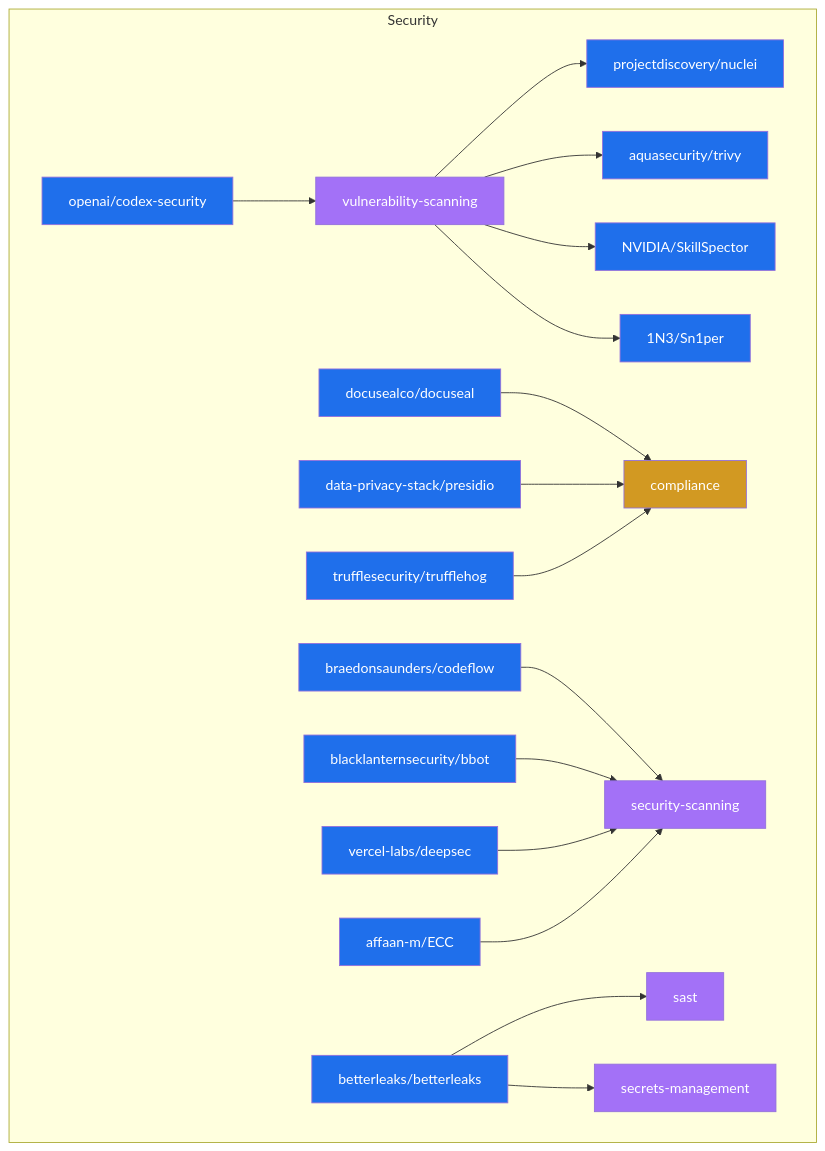
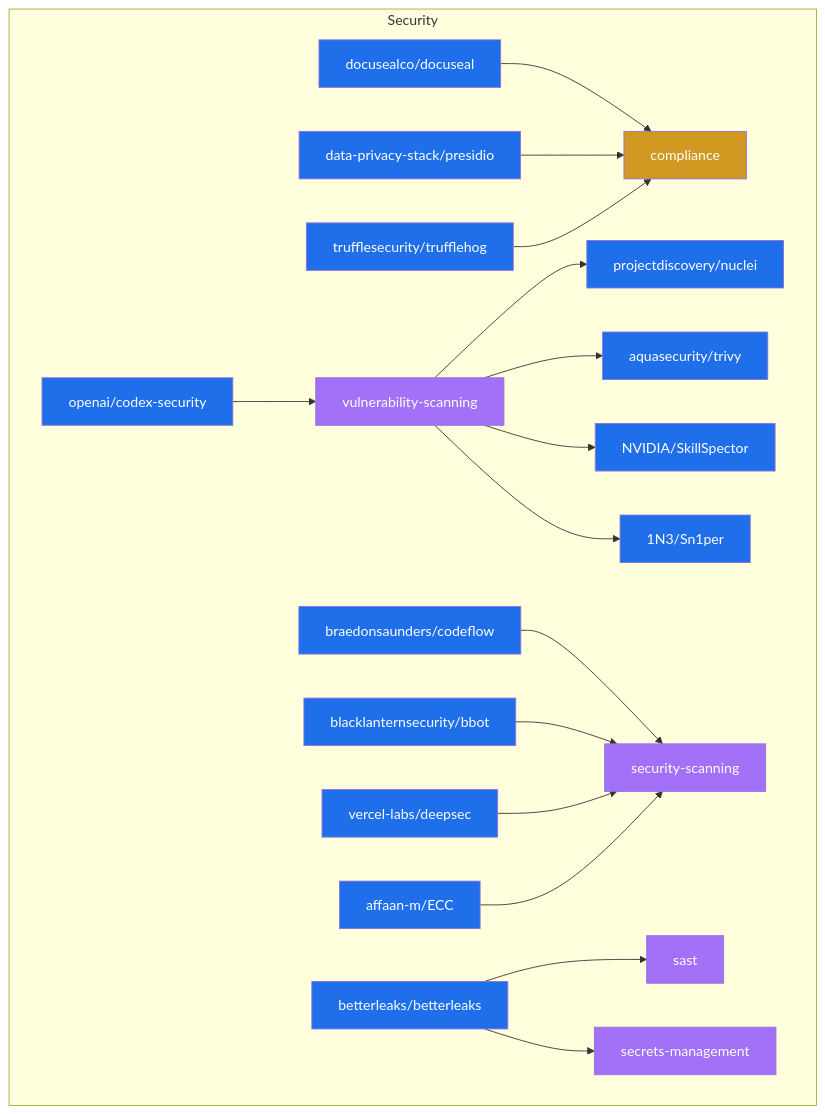
Before and after one commit to Meru143/star-graph: the diagram in data/star_graph_security.mermaid, drawn with Mermaid. The commit also changed other lines of this file and 15 other files, not shown here.

```diff
--- a/data/star_graph_security.mermaid
+++ b/data/star_graph_security.mermaid
@@ -1,40 +1,40 @@
 graph TD
   subgraph security ["Security"]
+    compliance["compliance"]:::use_case
+    aquasecurity_trivy["aquasecurity/trivy"]:::repo
+    sast["sast"]:::topic
+    secrets_management["secrets-management"]:::topic
+    security_scanning["security-scanning"]:::topic
+    1N3_Sn1per["1N3/Sn1per"]:::repo
+    betterleaks_betterleaks["betterleaks/betterleaks"]:::repo
+    vercel_labs_deepsec["vercel-labs/deepsec"]:::repo
+    trufflesecurity_trufflehog["trufflesecurity/trufflehog"]:::repo
+    docusealco_docuseal["docusealco/docuseal"]:::repo
+    openai_codex_security["openai/codex-security"]:::repo
+    vulnerability_scanning["vulnerability-scanning"]:::topic
+    projectdiscovery_nuclei["projectdiscovery/nuclei"]:::repo
+    data_privacy_stack_presidio["data-privacy-stack/presidio"]:::repo
     braedonsaunders_codeflow["braedonsaunders/codeflow"]:::repo
-    openai_codex_security["openai/codex-security"]:::repo
-    vercel_labs_deepsec["vercel-labs/deepsec"]:::repo
-    security_scanning["security-scanning"]:::topic
-    projectdiscovery_nuclei["projectdiscovery/nuclei"]:::repo
-    secrets_management["secrets-management"]:::topic
+    blacklanternsecurity_bbot["blacklanternsecurity/bbot"]:::repo
     affaan_m_ECC["affaan-m/ECC"]:::repo
-    1N3_Sn1per["1N3/Sn1per"]:::repo
-    vulnerability_scanning["vulnerability-scanning"]:::topic
-    data_privacy_stack_presidio["data-privacy-stack/presidio"]:::repo
-    compliance["compliance"]:::use_case
-    trufflesecurity_trufflehog["trufflesecurity/trufflehog"]:::repo
-    sast["sast"]:::topic
-    blacklanternsecurity_bbot["blacklanternsecurity/bbot"]:::repo
-    docusealco_docuseal["docusealco/docuseal"]:::repo
     NVIDIA_SkillSpector["NVIDIA/SkillSpector"]:::repo
-    aquasecurity_trivy["aquasecurity/trivy"]:::repo
-    betterleaks_betterleaks["betterleaks/betterleaks"]:::repo
   end
   openai_codex_security --> vulnerability_scanning
   vulnerability_scanning --> projectdiscovery_nuclei
   vulnerability_scanning --> aquasecurity_trivy
   vulnerability_scanning --> NVIDIA_SkillSpector
   vulnerability_scanning --> 1N3_Sn1per
   docusealco_docuseal --> compliance
   data_privacy_stack_presidio --> compliance
   braedonsaunders_codeflow --> security_scanning
   trufflesecurity_trufflehog --> compliance
   betterleaks_betterleaks --> sast
   betterleaks_betterleaks --> secrets_management
   blacklanternsecurity_bbot --> security_scanning
   vercel_labs_deepsec --> security_scanning
   affaan_m_ECC --> security_scanning
   classDef repo fill:#1f6feb,color:#fff;
   classDef topic fill:#a371f7,color:#fff;
   classDef technology fill:#3fb950,color:#fff;
   classDef use_case fill:#d29922,color:#fff;
   classDef architecture fill:#f85149,color:#fff;
```
